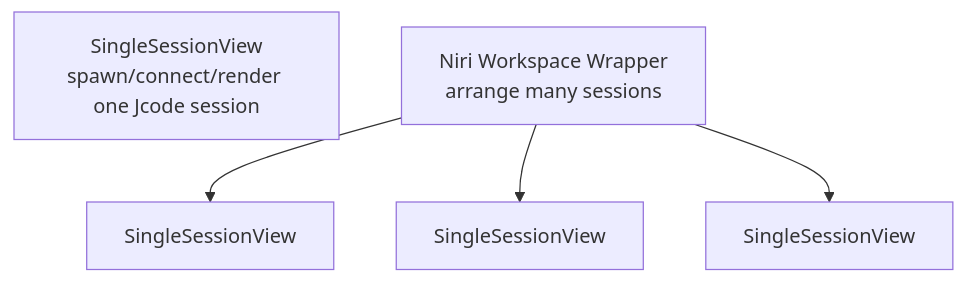
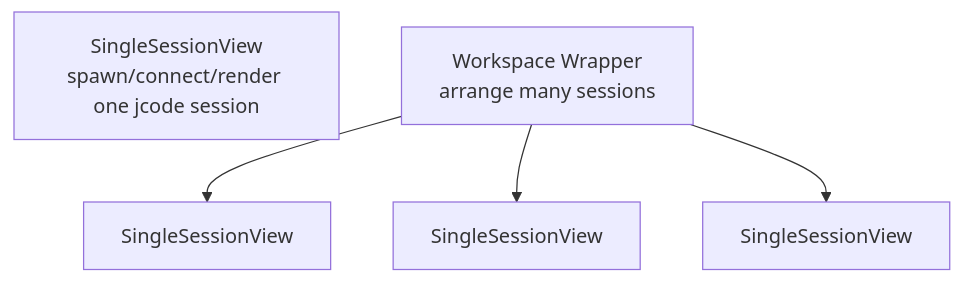
The diagram in docs/DESKTOP_SINGLE_SESSION_DESIGN.md (1jehuang/jcode), drawn with Mermaid before and after one commit. The commit also changed other lines of this file and 4 other files, not shown here.

````diff
--- a/docs/DESKTOP_SINGLE_SESSION_DESIGN.md
+++ b/docs/DESKTOP_SINGLE_SESSION_DESIGN.md
@@ -9,12 +12,12 @@
 ```mermaid
 flowchart TD
-    SingleSession[SingleSessionView\nspawn/connect/render one Jcode session]
-    Workspace[Niri Workspace Wrapper\narrange many sessions]
+    SingleSession[SingleSessionView\nspawn/connect/render one jcode session]
+    Workspace[Workspace Wrapper\narrange many sessions]
     SessionA[SingleSessionView]
     SessionB[SingleSessionView]
     SessionC[SingleSessionView]
 
     Workspace --> SessionA
     Workspace --> SessionB
     Workspace --> SessionC
 ```
````
